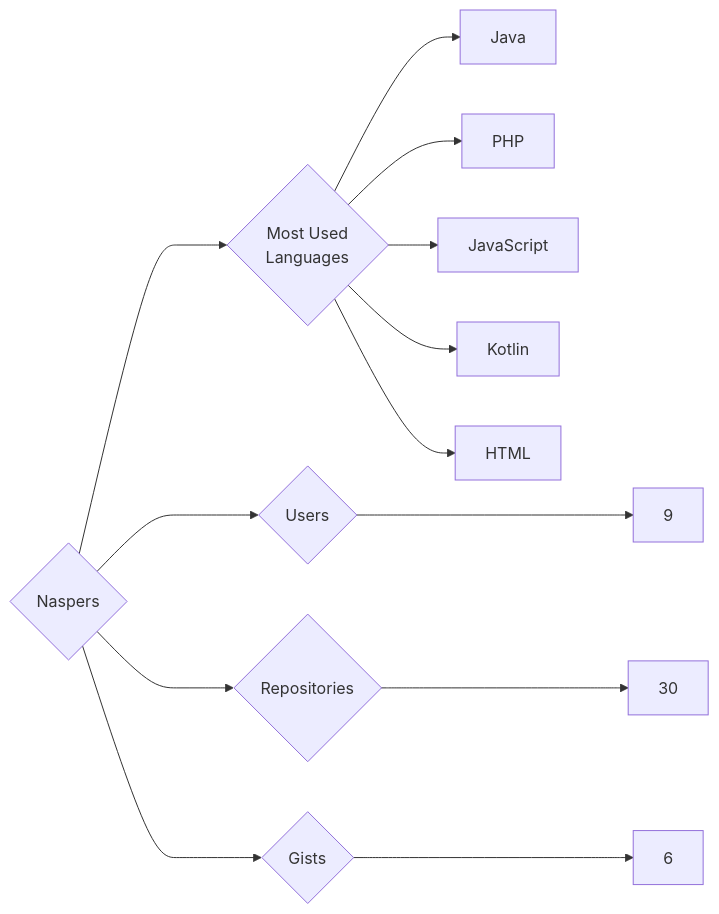
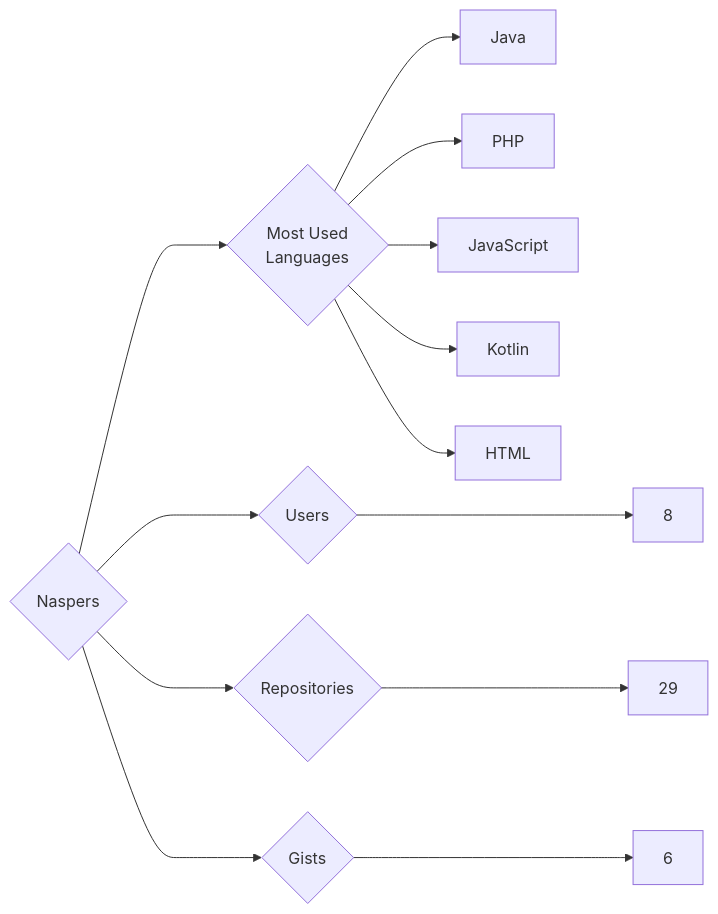
Before and after one commit to trickest/insiders: the diagram in targets/Naspers/README.md, drawn with Mermaid. The commit also changed 770 other files, not shown here.

````diff
--- a/targets/Naspers/README.md
+++ b/targets/Naspers/README.md
@@ -3,13 +3,13 @@
 ```mermaid
 graph LR
 COMPANY_NAME{Naspers}
-COMPANY_NAME ---> U{Users} ---> UN[9]
-COMPANY_NAME ---> R{Repositories} ---> RN[30]
+COMPANY_NAME ---> U{Users} ---> UN[8]
+COMPANY_NAME ---> R{Repositories} ---> RN[29]
 COMPANY_NAME ---> G{Gists} ---> GN[6]
 COMPANY_NAME ---> ML{Most Used<br>Languages}
 ML --> Java[Java]
 ML --> PHP[PHP]
 ML --> JavaScript[JavaScript]
 ML --> Kotlin[Kotlin]
 ML --> HTML[HTML]
 ```
````
